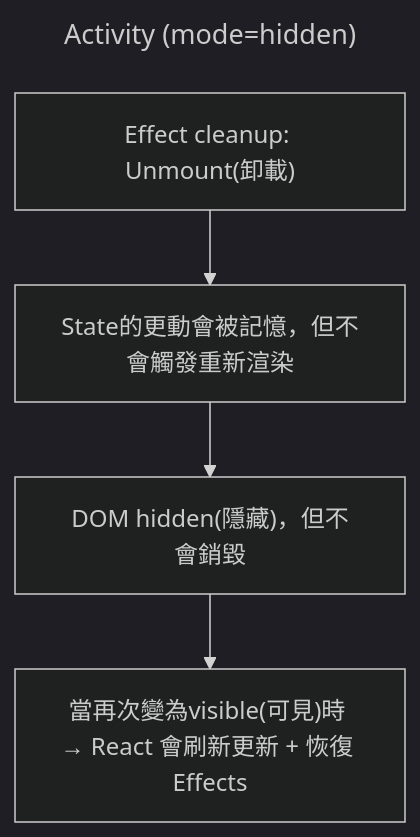
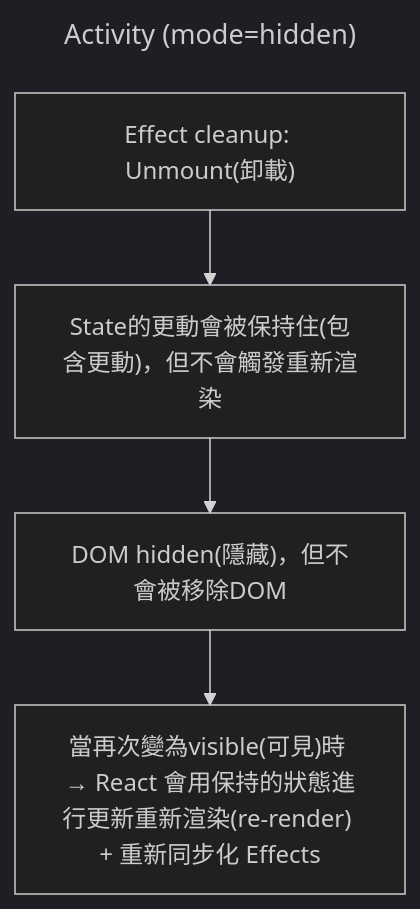
The second of 2 diagrams in react-v19.2/notes/activity-graph.md (eyesofkids/crash-course-next), drawn with Mermaid (dark theme) before and after one commit. The commit also changed other lines of this file and 1 other file, not shown here.

````diff
--- a/react-v19.2/notes/activity-graph.md
+++ b/react-v19.2/notes/activity-graph.md
@@ -16,11 +16,11 @@
 ```mermaid
 ---
 title: Activity (mode=hidden)
 ---
 flowchart TD
     id1["Effect cleanup: Unmount(卸載)"]
-    id2["State的更動會被記憶，但不會觸發重新渲染"]
-    id3["DOM hidden(隱藏)，但不會銷毀"]
-    id4["當再次變為visible(可見)時 → React 會刷新更新 + 恢復 Effects"]
+    id2["State的更動會被保持住(包含更動)，但不會觸發重新渲染"]
+    id3["DOM hidden(隱藏)，但不會被移除DOM"]
+    id4["當再次變為visible(可見)時 → React 會用保持的狀態進行更新重新渲染(re-render) + 重新同步化 Effects"]
     id1 --> id2 --> id3 --> id4
 ```
````
